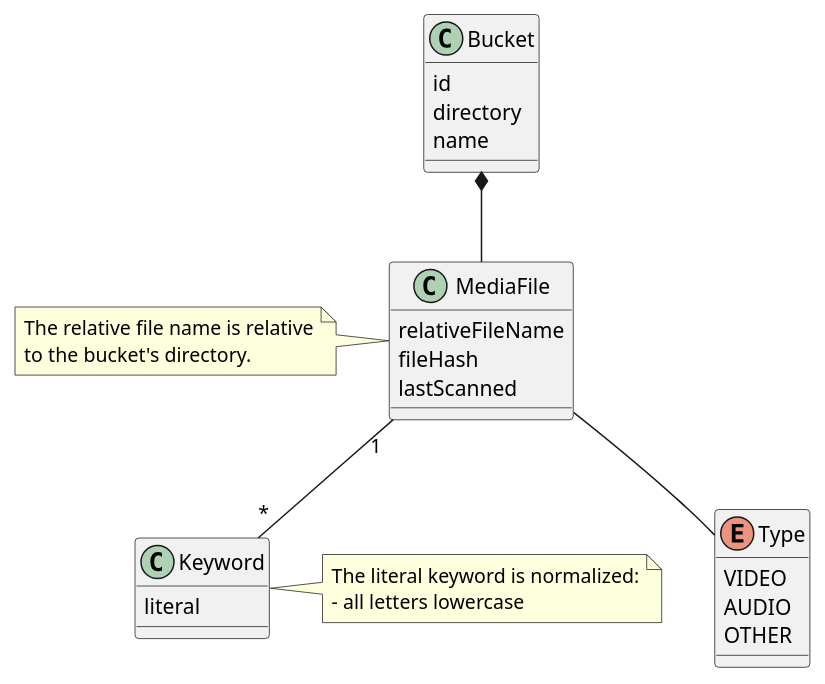
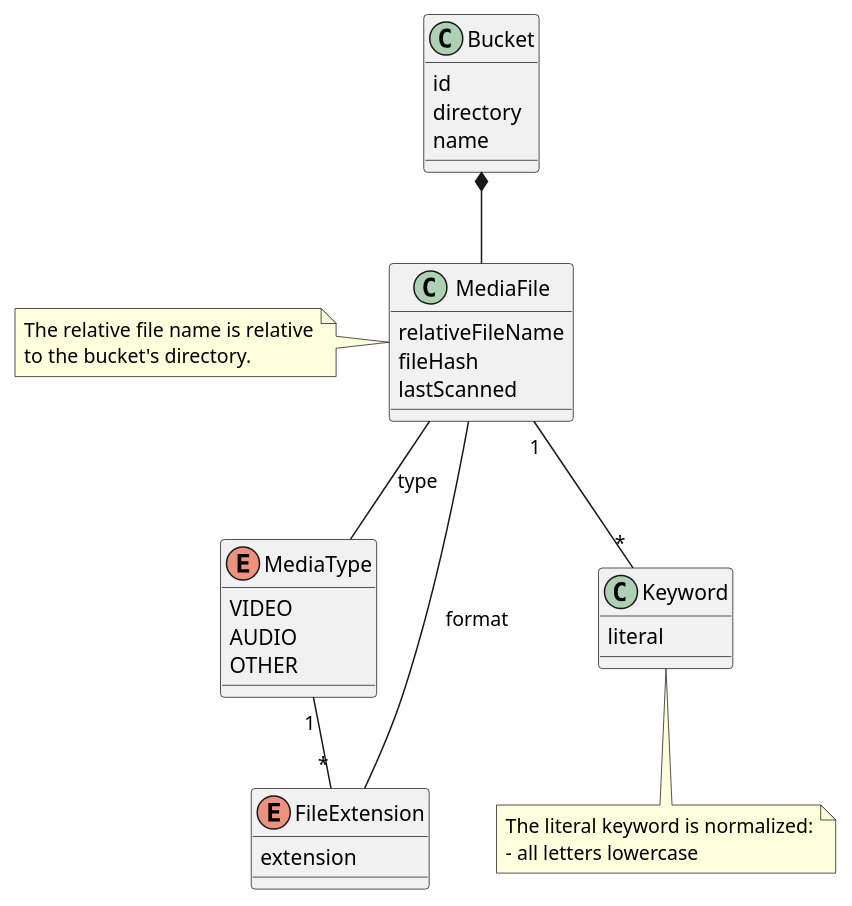
Before and after one commit to Weltraumschaf/maconha: the diagram in src/site/resources/plantuml/domain_model.puml, drawn with PlantUML. The commit also changed 3 other files, not shown here.

```diff
--- a/src/site/resources/plantuml/domain_model.puml
+++ b/src/site/resources/plantuml/domain_model.puml
@@ -1,40 +1,46 @@
 @startuml
 skinparam componentStyle uml2
 
 class Bucket {
     id
     directory
     name
 }
 
 class MediaFile {
     relativeFileName
     fileHash
     lastScanned
 }
 
 note left of MediaFile {
     The relative file name is relative
     to the bucket's directory.
 }
 
-enum Type {
+enum MediaType {
     VIDEO
     AUDIO
     OTHER
+}
+
+enum FileExtension {
+    extension
 }
 
 class Keyword {
     literal
 }
 
-note right of Keyword {
+note bottom of Keyword {
     The literal keyword is normalized:
     - all letters lowercase
 }
 
 Bucket *-- MediaFile
-MediaFile -- Type
+MediaFile -- MediaType : type
+MediaFile -- FileExtension : format
 MediaFile "1" -- "*" Keyword
+MediaType "1" -- "*" FileExtension
 
 @enduml
```
